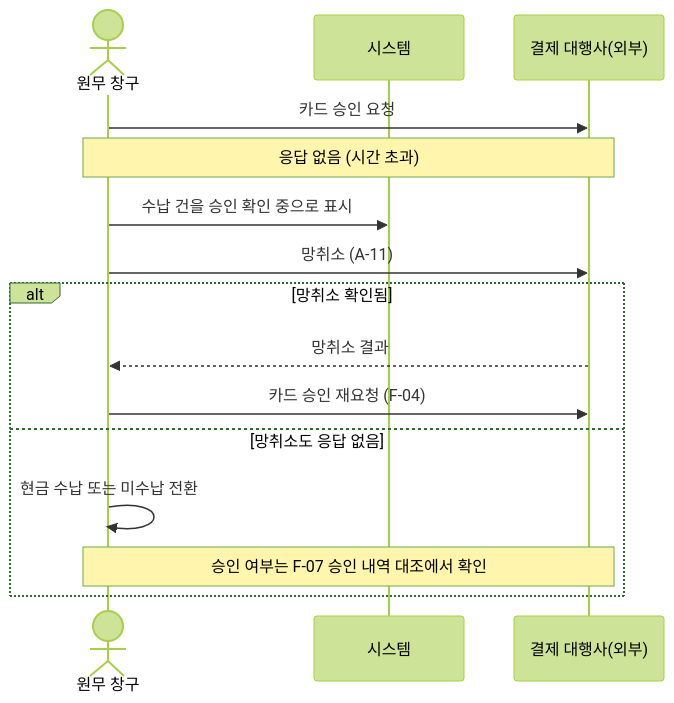
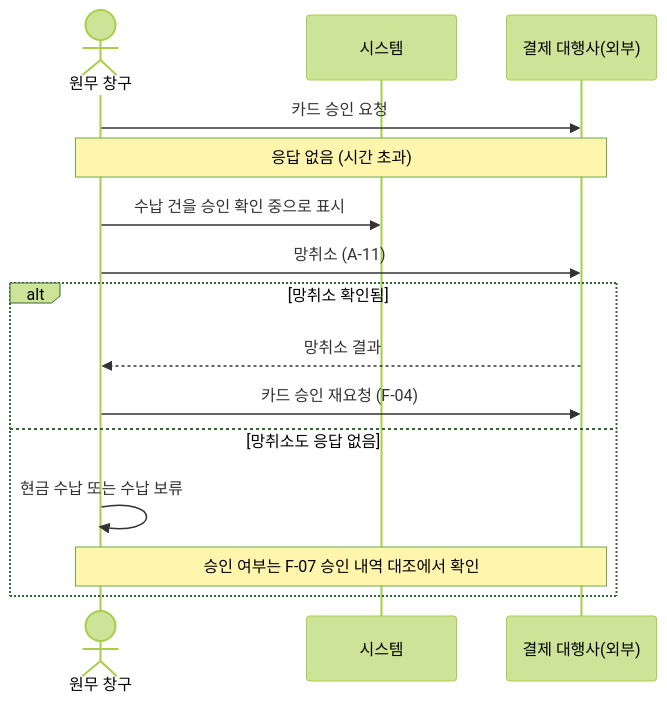
One commit to ITSTIME1/hts-emr changed the fourth of 6 diagrams in docs/domain/01-flow.md. Above: the diagram before and after it, drawn with Mermaid (forest theme). The commit also changed other lines of this file, not shown here.

Commit message:
docs : 외래 수납 업무 흐름 보완(현재 수납액 기준 환불, 미수납 정의 축소, 수납 전 오더 취소 추가)

````diff
--- a/docs/domain/01-flow.md
+++ b/docs/domain/01-flow.md
@@ -237,18 +246,18 @@
 ```mermaid
 sequenceDiagram
     actor 원무 as 원무 창구
     participant 시스템
     participant 대행사 as 결제 대행사(외부)
 
     원무->>대행사: 카드 승인 요청
     Note over 원무,대행사: 응답 없음 (시간 초과)
     원무->>시스템: 수납 건을 승인 확인 중으로 표시
     원무->>대행사: 망취소 (A-11)
     alt 망취소 확인됨
         대행사-->>원무: 망취소 결과
         원무->>대행사: 카드 승인 재요청 (F-04)
     else 망취소도 응답 없음
-        원무->>원무: 현금 수납 또는 미수납 전환
+        원무->>원무: 현금 수납 또는 수납 보류
         Note over 원무,대행사: 승인 여부는 F-07 승인 내역 대조에서 확인
     end
 ```
````
